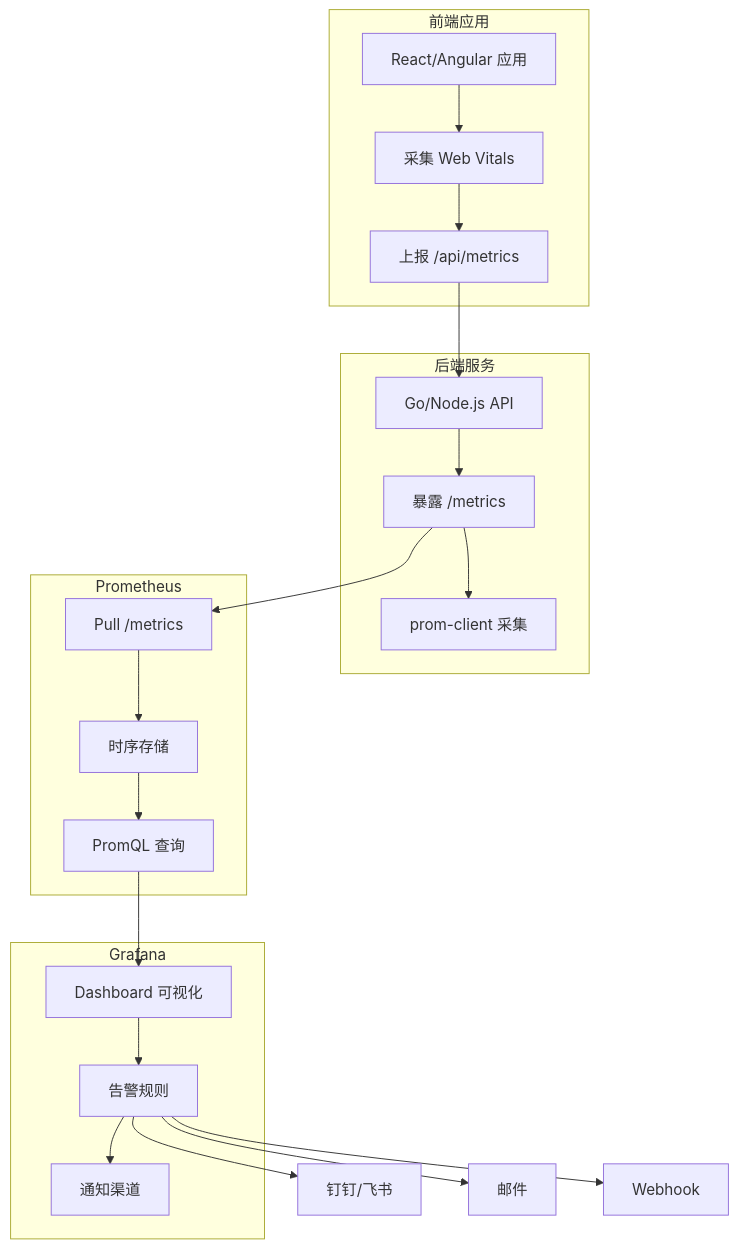
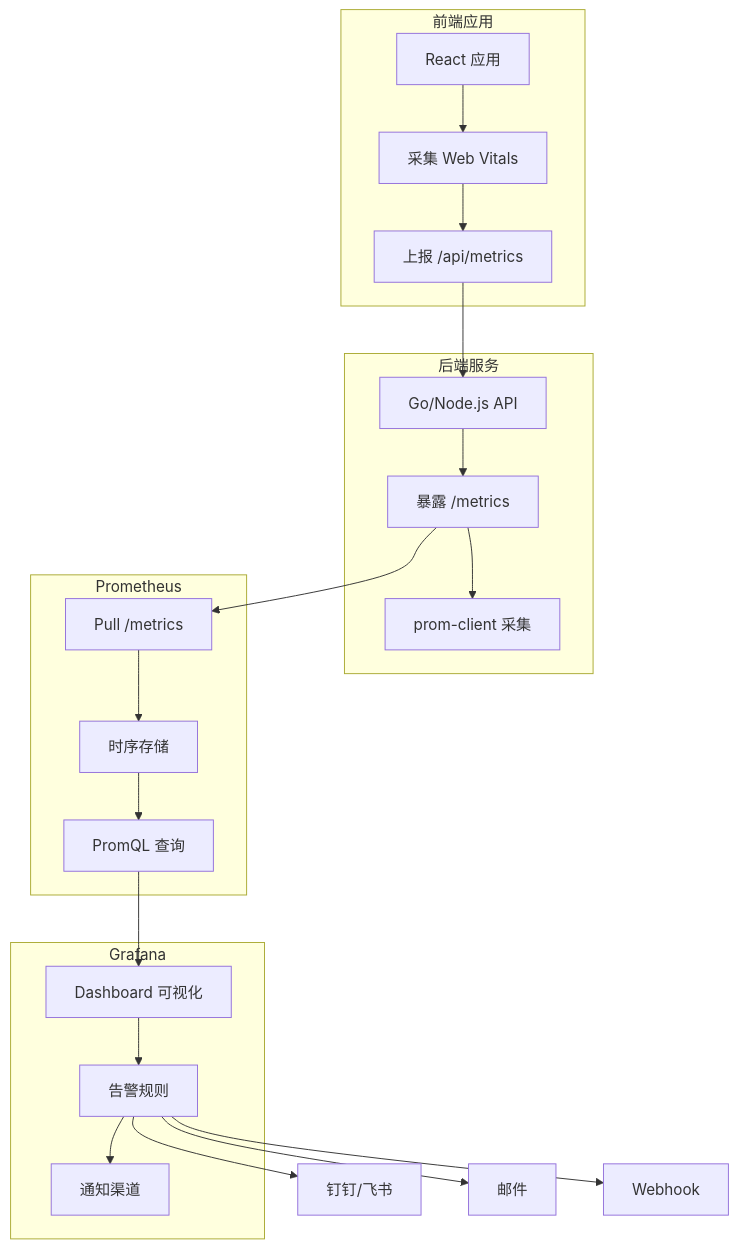
Before and after one commit to KMaybe01/common: diagram 47 of 55 in S4-面试冲刺/02-简历问题.md, drawn with Mermaid. The commit also changed other lines of this file and 15 other files, not shown here.

````diff
--- a/S4-面试冲刺/02-简历问题.md
+++ b/S4-面试冲刺/02-简历问题.md
@@ -8379,30 +8360,30 @@
 ```mermaid
 flowchart TD
   subgraph "前端应用"
-    A1["React/Angular 应用"] --> A2["采集 Web Vitals"]
+    A1["React 应用"] --> A2["采集 Web Vitals"]
     A2 --> A3["上报 /api/metrics"]
   end
 
   subgraph "后端服务"
     B1["Go/Node.js API"] --> B2["暴露 /metrics"]
     B2 --> B3["prom-client 采集"]
   end
 
   subgraph "Prometheus"
     C1["Pull /metrics"] --> C2["时序存储"]
     C2 --> C3["PromQL 查询"]
   end
 
   subgraph "Grafana"
     D1["Dashboard 可视化"] --> D2["告警规则"]
     D2 --> D3["通知渠道"]
   end
 
   A3 --> B1
   B2 --> C1
   C3 --> D1
 
   D2 --> E1["钉钉/飞书"]
   D2 --> E2["邮件"]
   D2 --> E3["Webhook"]
 ```
````
